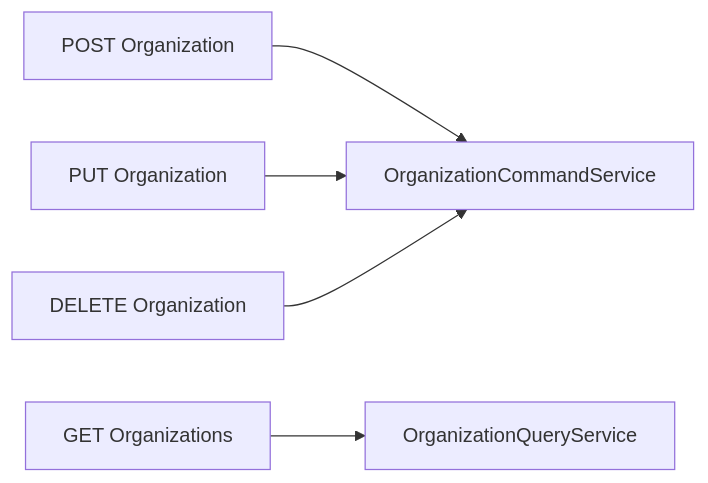
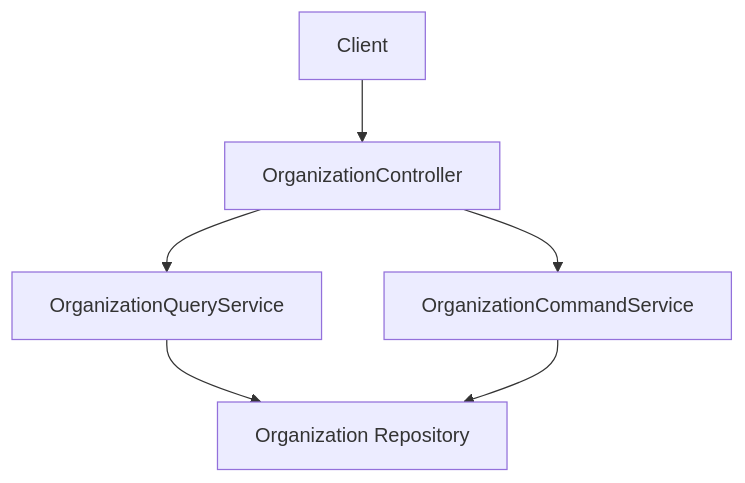
The sixth of 8 diagrams in docs/architecture/external-api-service-core/external-api-service-core.md (Praesto-Pro/openframe-oss-tenant), drawn with Mermaid before and after one commit. The commit also changed other lines of this file and 174 other files, not shown here.

````diff
--- a/docs/architecture/external-api-service-core/external-api-service-core.md
+++ b/docs/architecture/external-api-service-core/external-api-service-core.md
@@ -246,7 +259,8 @@
 ```mermaid
-flowchart LR
-    Create["POST Organization"] --> CommandService["OrganizationCommandService"]
-    Update["PUT Organization"] --> CommandService
-    Delete["DELETE Organization"] --> CommandService
-    Query["GET Organizations"] --> QueryService["OrganizationQueryService"]
+flowchart TD
+    Client --> OrganizationController
+    OrganizationController --> OrganizationQueryService
+    OrganizationController --> OrganizationCommandService
+    OrganizationQueryService --> MongoOrg["Organization Repository"]
+    OrganizationCommandService --> MongoOrg
 ```
````
